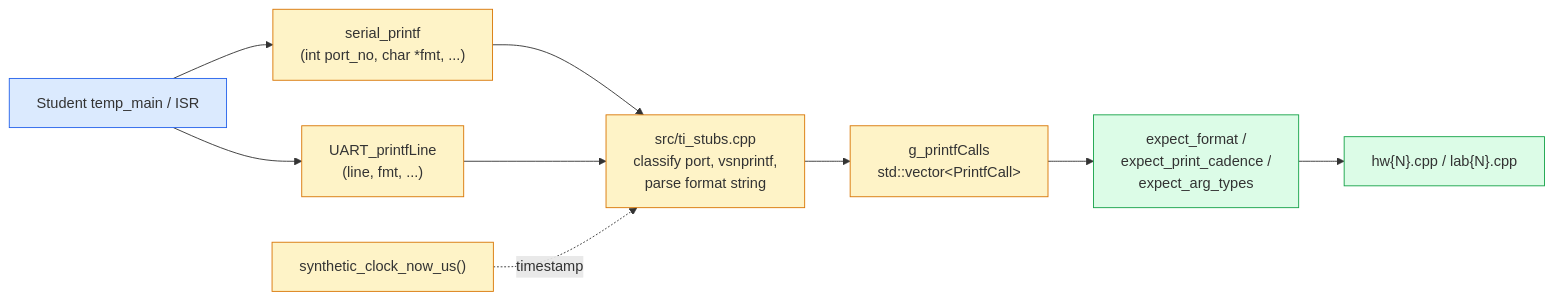
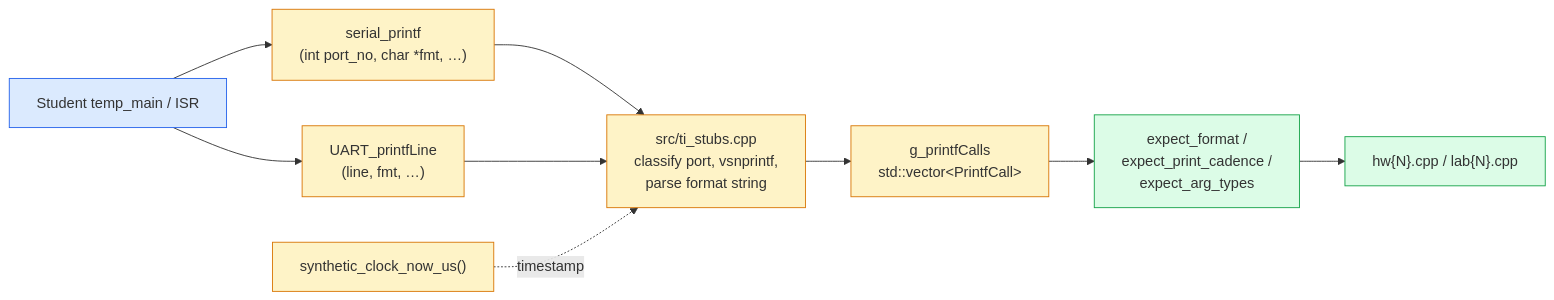
One commit to Marius-Juston/AutomaticGrader changed the diagram in docs/architecture/capture-pipeline.md. Above: the diagram before and after it, drawn with Mermaid. The commit also changed 11 other files, not shown here.

Commit message:
fixed mermaid graphs + C++ doc link

````diff
--- a/docs/architecture/capture-pipeline.md
+++ b/docs/architecture/capture-pipeline.md
@@ -15,27 +15,27 @@
 ```mermaid
 flowchart LR
     Student["Student temp_main / ISR"]
-    SerialP["serial_printf<br/>(int port_no, char *fmt, ...)"]
-    UartLcd["UART_printfLine<br/>(line, fmt, ...)"]
-    Stubs["src/ti_stubs.cpp<br/>classify port, vsnprintf,<br/>parse format string"]
-    Capture["g_printfCalls<br/>std::vector&lt;PrintfCall&gt;"]
+    SerialP["serial_printf<br>(int port_no, char *fmt, …)"]
+    UartLcd["UART_printfLine<br>(line, fmt, …)"]
+    Stubs["src/ti_stubs.cpp<br>classify port, vsnprintf,<br>parse format string"]
+    Capture["g_printfCalls<br>std::vector&lt;PrintfCall&gt;"]
     Clock["synthetic_clock_now_us()"]
-    Expect["expect_format /<br/>expect_print_cadence /<br/>expect_arg_types"]
-    Checker["hw{N}.cpp / lab{N}.cpp"]
+    Expect["expect_format /<br>expect_print_cadence /<br>expect_arg_types"]
+    Checker["hw#123;N#125;.cpp / lab#123;N#125;.cpp"]
 
     Student --> SerialP
     Student --> UartLcd
     SerialP --> Stubs
     UartLcd --> Stubs
     Clock -.timestamp.-> Stubs
     Stubs --> Capture
     Capture --> Expect
     Expect --> Checker
 
     classDef src fill:#dbeafe,stroke:#2563eb
     classDef stub fill:#fef3c7,stroke:#d97706
     classDef chk fill:#dcfce7,stroke:#16a34a
     class Student src
     class SerialP,UartLcd,Stubs,Capture,Clock stub
     class Expect,Checker chk
 ```
````
